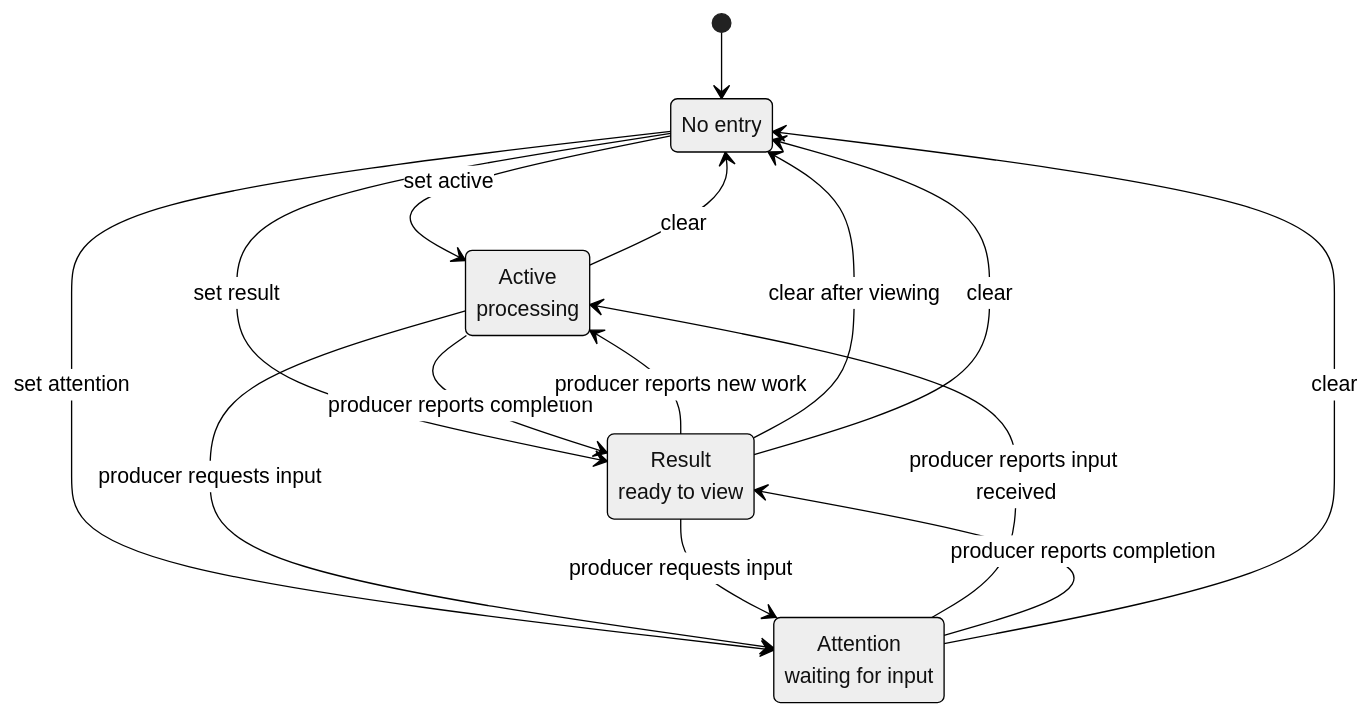
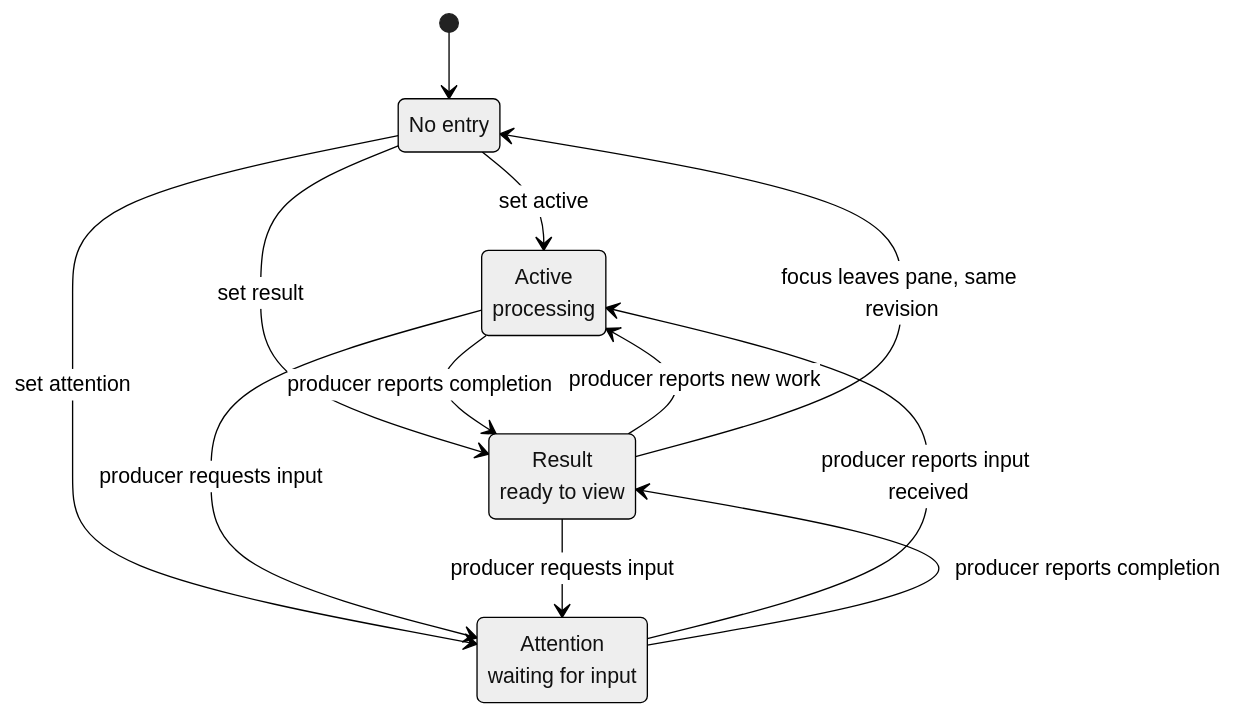
The first of 4 diagrams in docs/lifecycle-signals.md (andrewjstryker/tmux-airline), drawn with Mermaid (neutral theme) before and after one commit. The commit also changed other lines of this file and 6 other files, not shown here.

````diff
--- a/docs/lifecycle-signals.md
+++ b/docs/lifecycle-signals.md
@@ -80,22 +80,19 @@
 ```mermaid
 stateDiagram-v2
     state "No entry" as None
     state "Active<br/>processing" as Active
     state "Result<br/>ready to view" as Result
     state "Attention<br/>waiting for input" as Attention
 
     [*] --> None
     None --> Active: set active
     None --> Result: set result
     None --> Attention: set attention
     Active --> Result: producer reports completion
     Active --> Attention: producer requests input
     Attention --> Active: producer reports input received
     Attention --> Result: producer reports completion
     Result --> Active: producer reports new work
     Result --> Attention: producer requests input
-    Result --> None: clear after viewing
-    Active --> None: clear
-    Attention --> None: clear
-    Result --> None: clear
+    Result --> None: focus leaves pane, same revision
 ```
````
